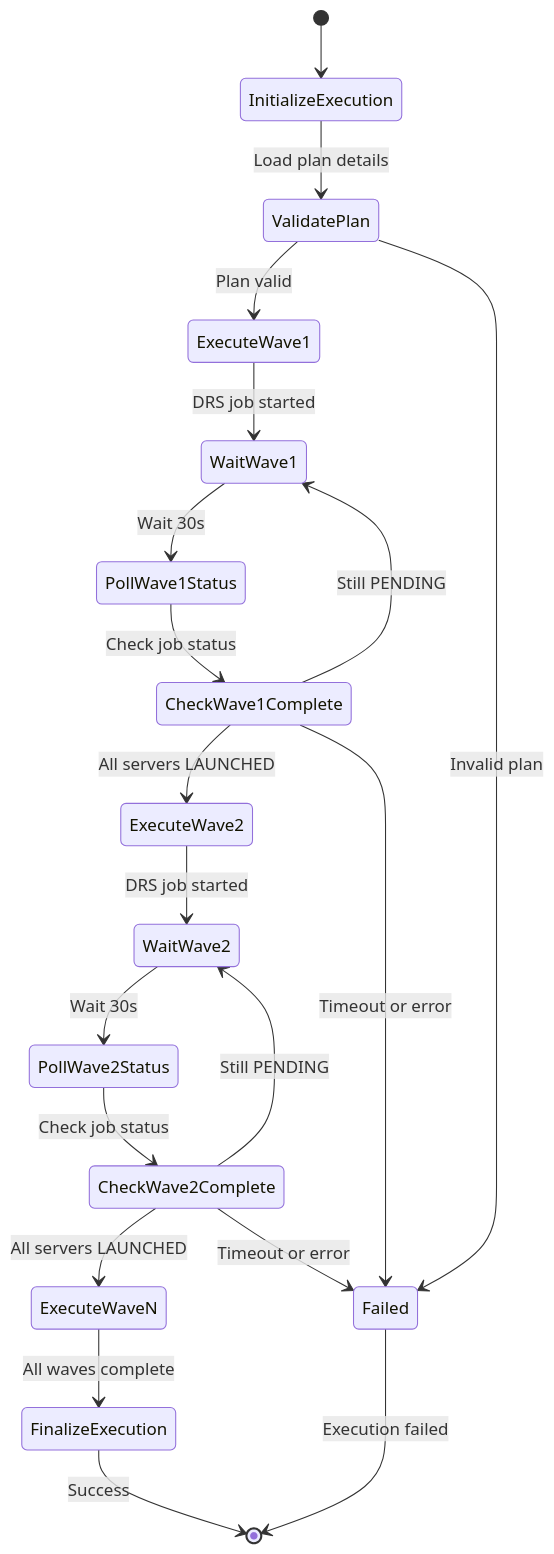
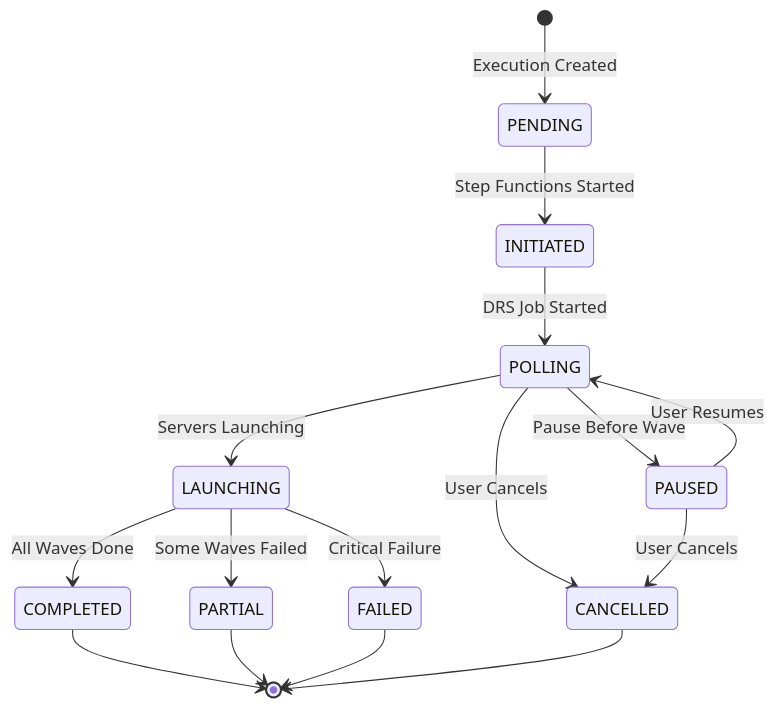
One commit to johnjcousens/aws-elasticdrs-orchestrator changed the eighth of 12 diagrams in docs/architecture/ARCHITECTURE_DIAGRAMS.md. Above: the diagram before and after it, drawn with Mermaid. The commit also changed other lines of this file and 16 other files, not shown here.

````diff
--- a/docs/architecture/ARCHITECTURE_DIAGRAMS.md
+++ b/docs/architecture/ARCHITECTURE_DIAGRAMS.md
@@ -386,31 +336,19 @@
 ```mermaid
 stateDiagram-v2
-    [*] --> InitializeExecution
+    [*] --> PENDING: Execution Created
+    PENDING --> INITIATED: Step Functions Started
+    INITIATED --> POLLING: DRS Job Started
+    POLLING --> LAUNCHING: Servers Launching
+    POLLING --> PAUSED: Pause Before Wave
+    PAUSED --> POLLING: User Resumes
+    LAUNCHING --> COMPLETED: All Waves Done
+    LAUNCHING --> PARTIAL: Some Waves Failed
+    LAUNCHING --> FAILED: Critical Failure
+    POLLING --> CANCELLED: User Cancels
+    PAUSED --> CANCELLED: User Cancels
     
-    InitializeExecution --> ValidatePlan: Load plan details
-    ValidatePlan --> ExecuteWave1: Plan valid
-    ValidatePlan --> Failed: Invalid plan
-    
-    ExecuteWave1 --> WaitWave1: DRS job started
-    WaitWave1 --> PollWave1Status: Wait 30s
-    
-    PollWave1Status --> CheckWave1Complete: Check job status
-    CheckWave1Complete --> ExecuteWave2: All servers LAUNCHED
-    CheckWave1Complete --> WaitWave1: Still PENDING
-    CheckWave1Complete --> Failed: Timeout or error
-    
-    ExecuteWave2 --> WaitWave2: DRS job started
-    WaitWave2 --> PollWave2Status: Wait 30s
-    
-    PollWave2Status --> CheckWave2Complete: Check job status
-    CheckWave2Complete --> ExecuteWaveN: All servers LAUNCHED
-    CheckWave2Complete --> WaitWave2: Still PENDING
-    CheckWave2Complete --> Failed: Timeout or error
-    
-    ExecuteWaveN --> FinalizeExecution: All waves complete
-    FinalizeExecution --> [*]: Success
-    
-    Failed --> [*]: Execution failed
-    
-
+    COMPLETED --> [*]
+    PARTIAL --> [*]
+    FAILED --> [*]
+    CANCELLED --> [*]
 ```
````
